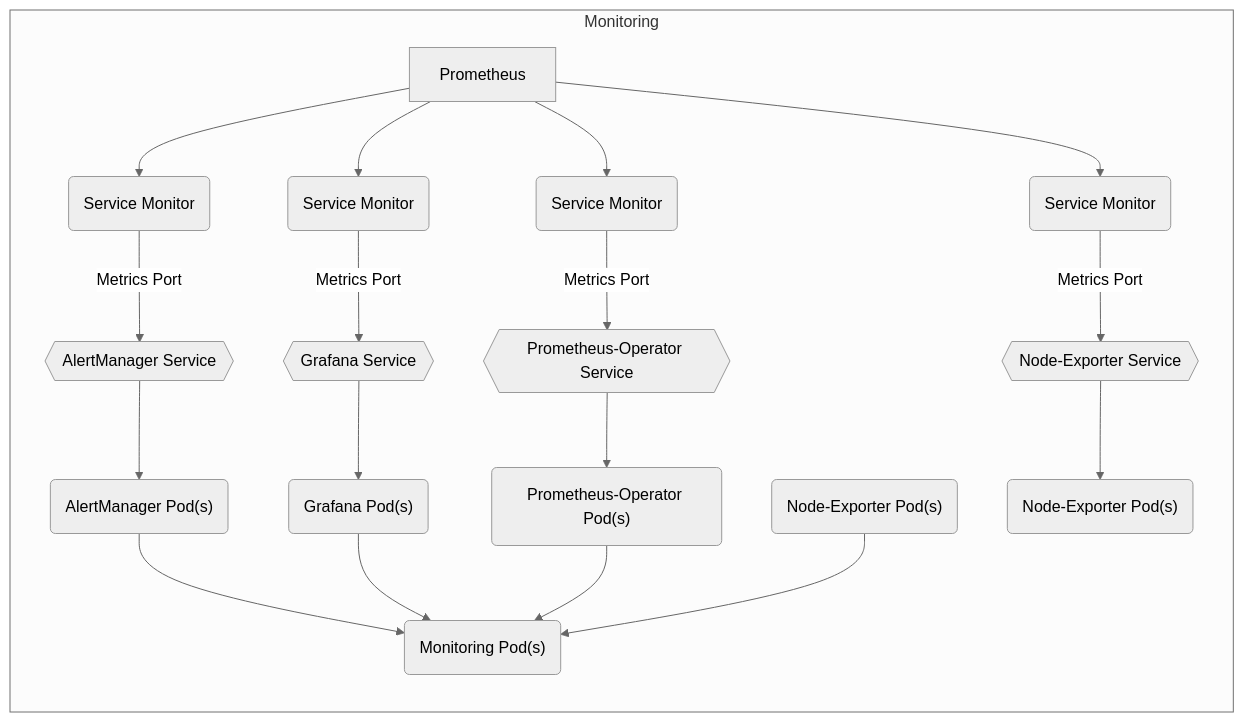
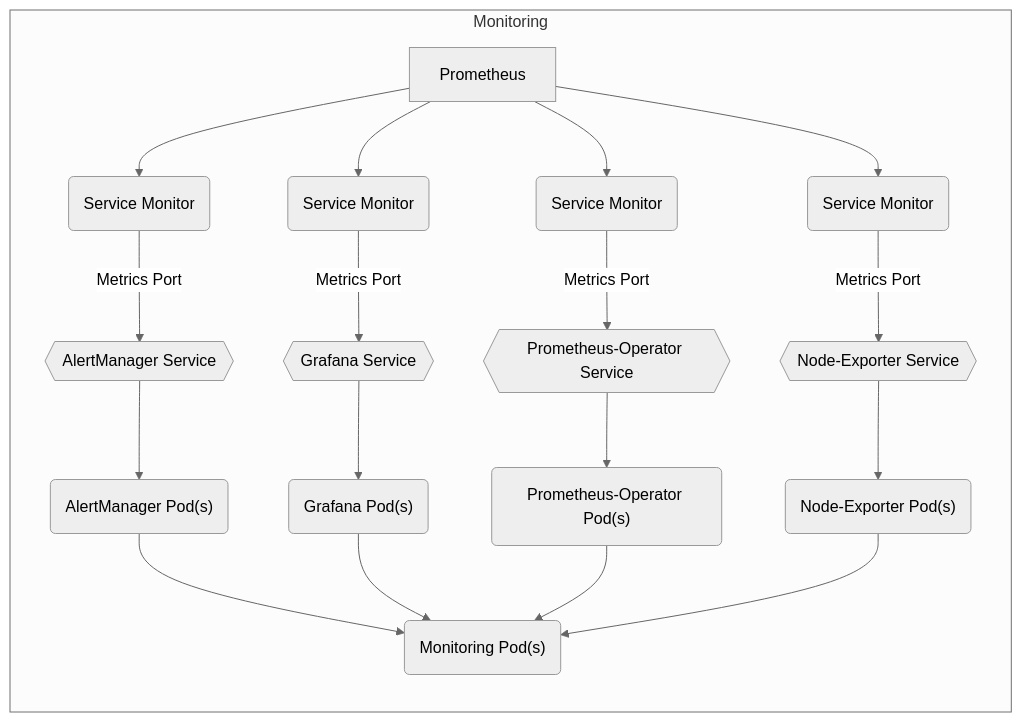
One commit to sbko/bigbang changed the diagram in charter/packages/monitoring/Architecture.md. Above: the diagram before and after it, drawn with Mermaid (neutral theme).

Commit message:
monitoring architecture

````diff
--- a/charter/packages/monitoring/Architecture.md
+++ b/charter/packages/monitoring/Architecture.md
@@ -12,24 +12,24 @@
  ```mermaid
 graph LR
   subgraph "Monitoring"
     alertmanagerpods("AlertManager Pod(s)") --> monitoringpods("Monitoring Pod(s)")
     alertmanagerservice{{AlertManager Service}} --> alertmanagerpods("AlertManager Pod(s)")
     alertmanagersvcmonitor("Service Monitor") --"Metrics Port"--> alertmanagerservice
     Prometheus --> alertmanagersvcmonitor("Service Monitor")
     grafanapods("Grafana Pod(s)") --> monitoringpods("Monitoring Pod(s)")
     grafanaservice{{Grafana Service}} --> grafanapods("Grafana Pod(s)")
     grafanasvcmonitor("Service Monitor") --"Metrics Port"--> grafanaservice
     Prometheus --> grafanasvcmonitor("Service Monitor")
     prometheusoperatorpods("Prometheus-Operator Pod(s)") --> monitoringpods("Monitoring Pod(s)")
     prometheusoperatorservice{{Prometheus-Operator Service}} -->  prometheusoperatorpods("Prometheus-Operator Pod(s)")
     prometheusoperatorsvcmonitor("Service Monitor") --"Metrics Port"--> prometheusoperatorservice
     Prometheus --> prometheusoperatorsvcmonitor("Service Monitor")
     nodeexporterpods("Node-Exporter Pod(s)") --> monitoringpods("Monitoring Pod(s)")
-    nodeexporterservice{{Node-Exporter Service}} -->  nodeexporterpodspods("Node-Exporter Pod(s)")
+    nodeexporterservice{{Node-Exporter Service}} -->  nodeexporterpods("Node-Exporter Pod(s)")
     nodeexportersvcmonitor("Service Monitor") --"Metrics Port"-->  nodeexporterservice
     Prometheus --> nodeexportersvcmonitor("Service Monitor")
 
     
   end
   
 ```   
````
